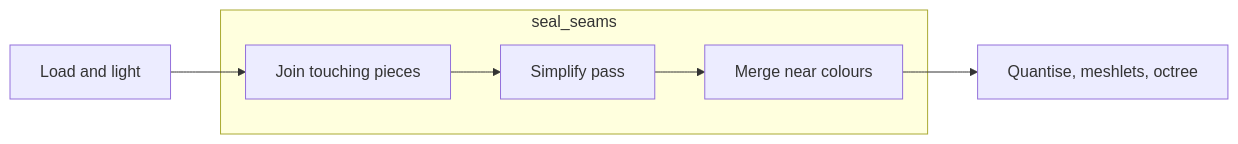
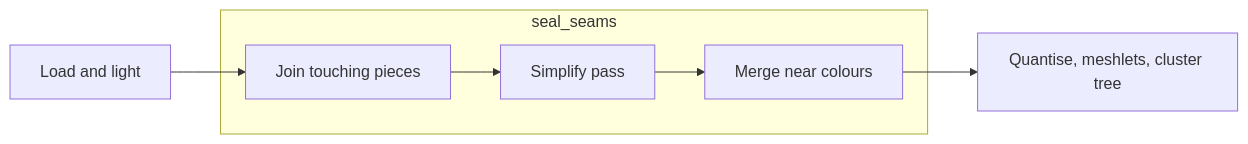
One commit to jose-villegas/autana changed the second of 3 diagrams in docs/render/offline/Mesh-Import.md. Above: the diagram before and after it, drawn with Mermaid. The commit also changed other lines of this file and 10 other files, not shown here.

Commit message:
r3d: the cluster tree's docs and citation, and the writer refuses a tree deeper than the runtime walks (autana-y6tv1)

````diff
--- a/docs/render/offline/Mesh-Import.md
+++ b/docs/render/offline/Mesh-Import.md
@@ -293,12 +293,12 @@
 ```mermaid
 flowchart LR
     load[Load and light] --> join[Join touching pieces]
     join --> pass[Simplify pass]
     pass --> merge[Merge near colours]
-    merge --> bake[Quantise, meshlets, octree]
+    merge --> bake[Quantise, meshlets, cluster tree]
     subgraph seal_seams
         join
         pass
         merge
     end
 ```
````
